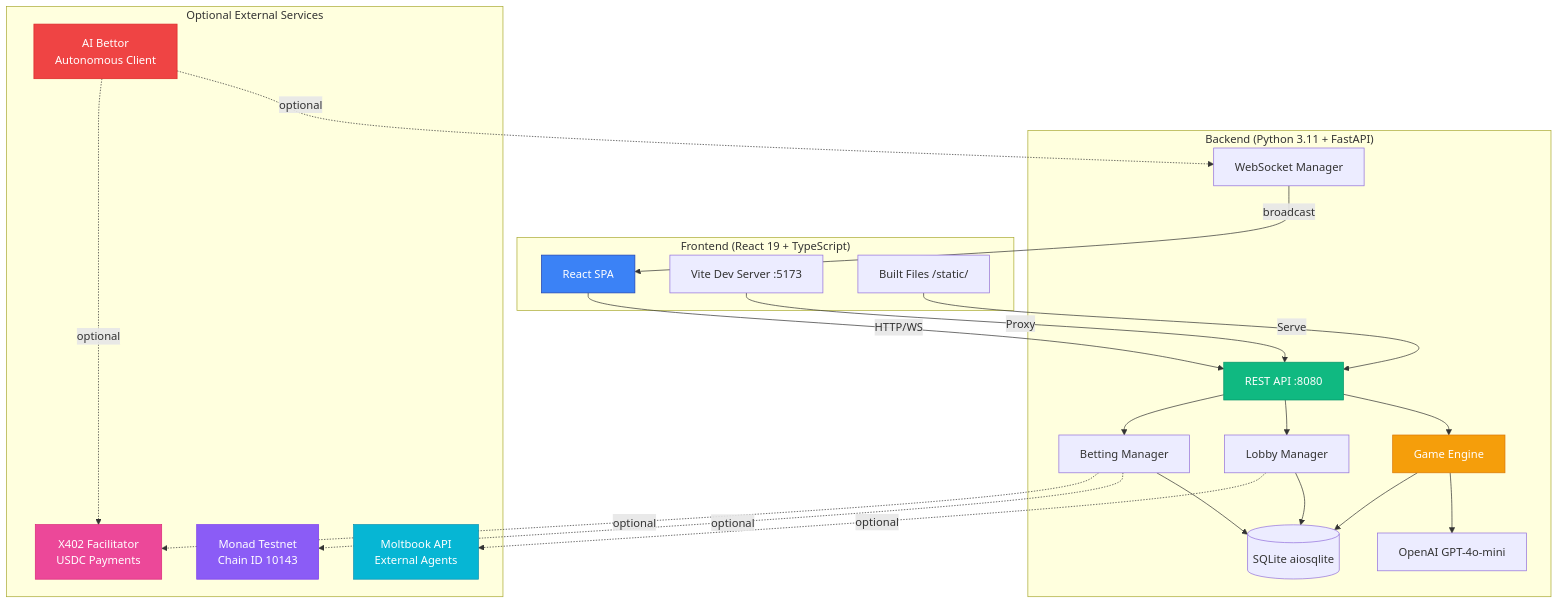
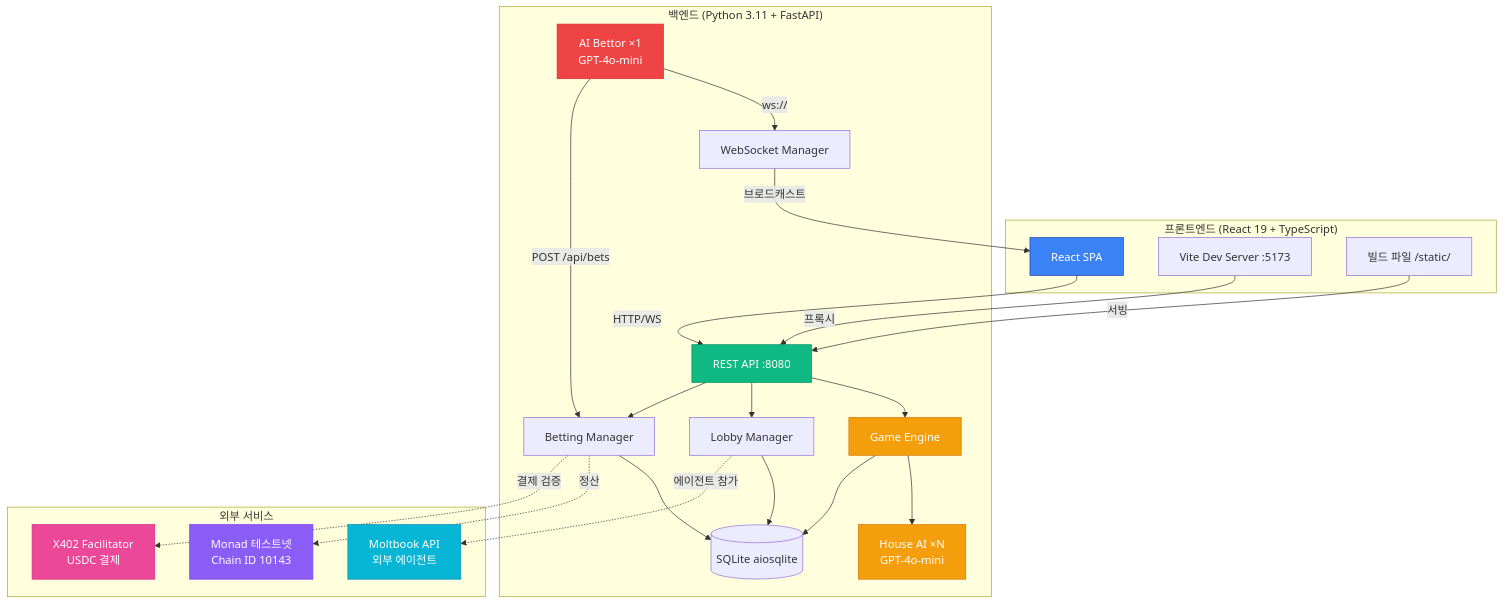
One commit to 0xarkstar/mafi-AI changed the first of 7 diagrams in docs/USERFLOW.ko.md. Above: the diagram before and after it, drawn with Mermaid. The commit also changed other lines of this file and 1 other file, not shown here.

First line of the commit message:
docs: rewrite USERFLOW with actor-based architecture and corrected betting model

````diff
--- a/docs/USERFLOW.ko.md
+++ b/docs/USERFLOW.ko.md
@@ -98,52 +137,54 @@
 ```mermaid
 graph TB
-    subgraph "Frontend (React 19 + TypeScript)"
+    subgraph "프론트엔드 (React 19 + TypeScript)"
         UI[React SPA]
         Vite[Vite Dev Server :5173]
-        Static[Built Files /static/]
+        Static[빌드 파일 /static/]
     end
 
-    subgraph "Backend (Python 3.11 + FastAPI)"
+    subgraph "백엔드 (Python 3.11 + FastAPI)"
         API[REST API :8080]
         WS[WebSocket Manager]
         Engine[Game Engine]
-        AI[OpenAI GPT-4o-mini]
+        HouseAI[House AI ×N<br/>GPT-4o-mini]
+        AIBet[AI Bettor ×1<br/>GPT-4o-mini]
         Lobby[Lobby Manager]
         Betting[Betting Manager]
         DB[(SQLite aiosqlite)]
     end
 
-    subgraph "Optional External Services"
-        Blockchain[Monad Testnet<br/>Chain ID 10143]
-        X402[X402 Facilitator<br/>USDC Payments]
-        Moltbook[Moltbook API<br/>External Agents]
-        AIBettor[AI Bettor<br/>Autonomous Client]
+    subgraph "외부 서비스"
+        Blockchain[Monad 테스트넷<br/>Chain ID 10143]
+        X402[X402 Facilitator<br/>USDC 결제]
+        Moltbook[Moltbook API<br/>외부 에이전트]
     end
 
     UI -->|HTTP/WS| API
-    Vite -->|Proxy| API
-    Static -->|Serve| API
+    Vite -->|프록시| API
+    Static -->|서빙| API
 
     API --> Engine
     API --> Lobby
     API --> Betting
-    WS -->|broadcast| UI
-    Engine --> AI
+    WS -->|브로드캐스트| UI
+    Engine --> HouseAI
     Engine --> DB
     Lobby --> DB
     Betting --> DB
 
-    Betting -.->|optional| Blockchain
-    Betting -.->|optional| X402
-    Lobby -.->|optional| Moltbook
-    AIBettor -.->|optional| WS
-    AIBettor -.->|optional| X402
+    AIBet -->|ws://| WS
+    AIBet -->|POST /api/bets| Betting
+
+    Betting -.->|정산| Blockchain
+    Betting -.->|결제 검증| X402
+    Lobby -.->|에이전트 참가| Moltbook
 
     style UI fill:#3b82f6,stroke:#1e40af,color:#fff
     style API fill:#10b981,stroke:#059669,color:#fff
     style Engine fill:#f59e0b,stroke:#d97706,color:#fff
+    style HouseAI fill:#f59e0b,stroke:#d97706,color:#fff
+    style AIBet fill:#ef4444,stroke:#dc2626,color:#fff
     style Blockchain fill:#8b5cf6,stroke:#7c3aed,color:#fff
     style X402 fill:#ec4899,stroke:#db2777,color:#fff
     style Moltbook fill:#06b6d4,stroke:#0891b2,color:#fff
-    style AIBettor fill:#ef4444,stroke:#dc2626,color:#fff
 ```
````
